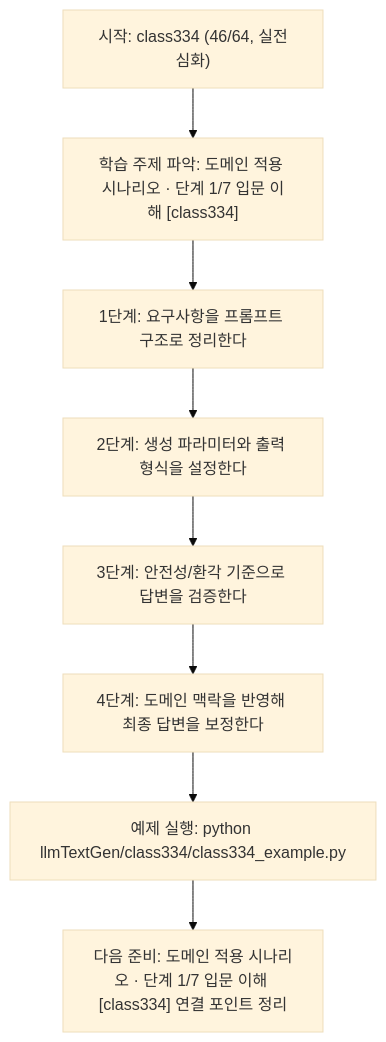
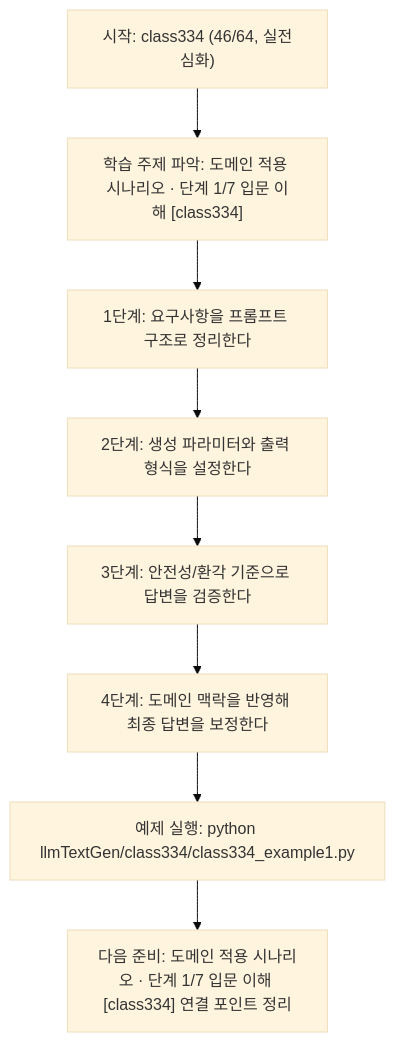
The diagram in llmTextGen/class334/class334.md (edumgt/Python-AI_Agent-Class), drawn with Mermaid (base theme) before and after one commit. The commit also changed other lines of this file and 2959 other files, not shown here.

````diff
--- a/llmTextGen/class334/class334.md
+++ b/llmTextGen/class334/class334.md
@@ -114,18 +114,18 @@
 ```mermaid
 flowchart TD
 N1["시작: class334 (46/64, 실전심화)"]
 N2["학습 주제 파악: 도메인 적용 시나리오 · 단계 1/7 입문 이해 [class334]"]
 N3["1단계: 요구사항을 프롬프트 구조로 정리한다"]
 N4["2단계: 생성 파라미터와 출력 형식을 설정한다"]
 N5["3단계: 안전성/환각 기준으로 답변을 검증한다"]
 N6["4단계: 도메인 맥락을 반영해 최종 답변을 보정한다"]
-N7["예제 실행: python llmTextGen/class334/class334_example.py"]
+N7["예제 실행: python llmTextGen/class334/class334_example1.py"]
 N8["다음 준비: 도메인 적용 시나리오 · 단계 1/7 입문 이해 [class334] 연결 포인트 정리"]
 N1 --> N2
 N2 --> N3
 N3 --> N4
 N4 --> N5
 N5 --> N6
 N6 --> N7
 N7 --> N8
 ```
````
